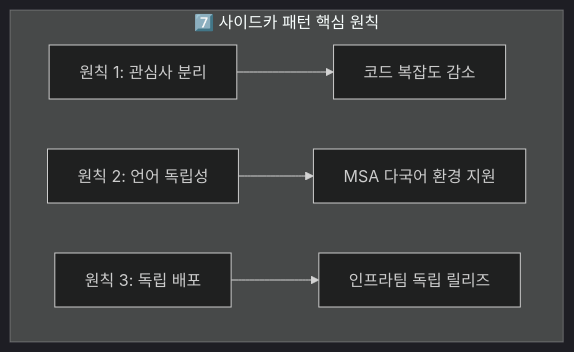
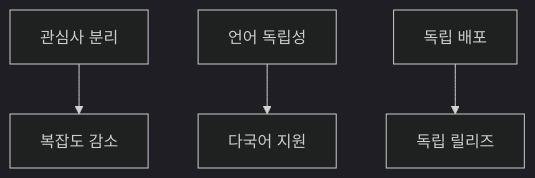
One commit to yjkim2015/yjkim2015.github.io changed the seventh of 8 diagrams in _posts/architecture/2026-05-02-sidecar-pattern.md. Above: the diagram before and after it, drawn with Mermaid (dark theme). The commit also changed other lines of this file and 155 other files, not shown here.

First line of the commit message:
Mermaid 전면 수정: subgraph 제거, participant/노드/줄수 축소 (342블록)

````diff
--- a/_posts/architecture/2026-05-02-sidecar-pattern.md
+++ b/_posts/architecture/2026-05-02-sidecar-pattern.md
@@ -878,11 +874,6 @@
 ```mermaid
 graph TB
-    subgraph "7️⃣ 사이드카 패턴 핵심 원칙"
-        P1["원칙 1: 관심사 분리"]
-        P2["원칙 2: 언어 독립성"]
-        P3["원칙 3: 독립 배포"]
-        P1 --> Benefit1["코드 복잡도 감소"]
-        P2 --> Benefit2["MSA 다국어 환경 지원"]
-        P3 --> Benefit3["인프라팀 독립 릴리즈"]
-    end
+    P1["관심사 분리"] --> Benefit1["복잡도 감소"]
+    P2["언어 독립성"] --> Benefit2["다국어 지원"]
+    P3["독립 배포"] --> Benefit3["독립 릴리즈"]
 ```
````
